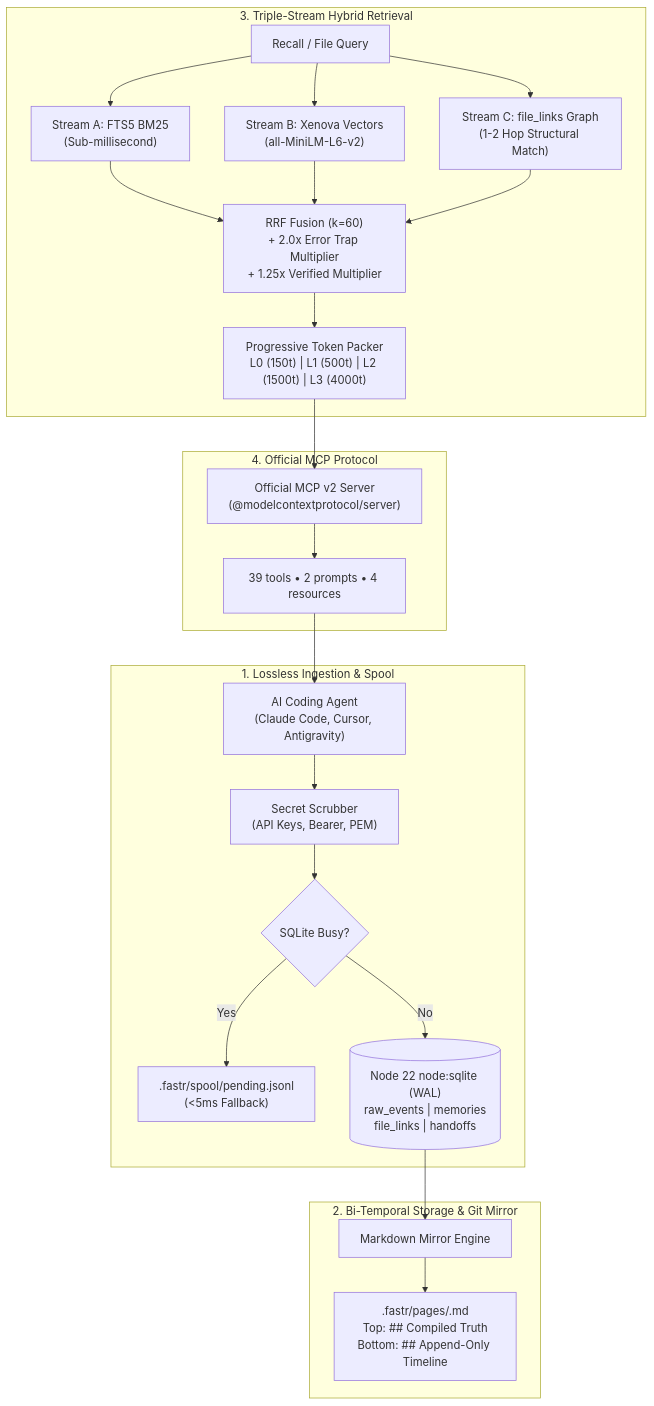
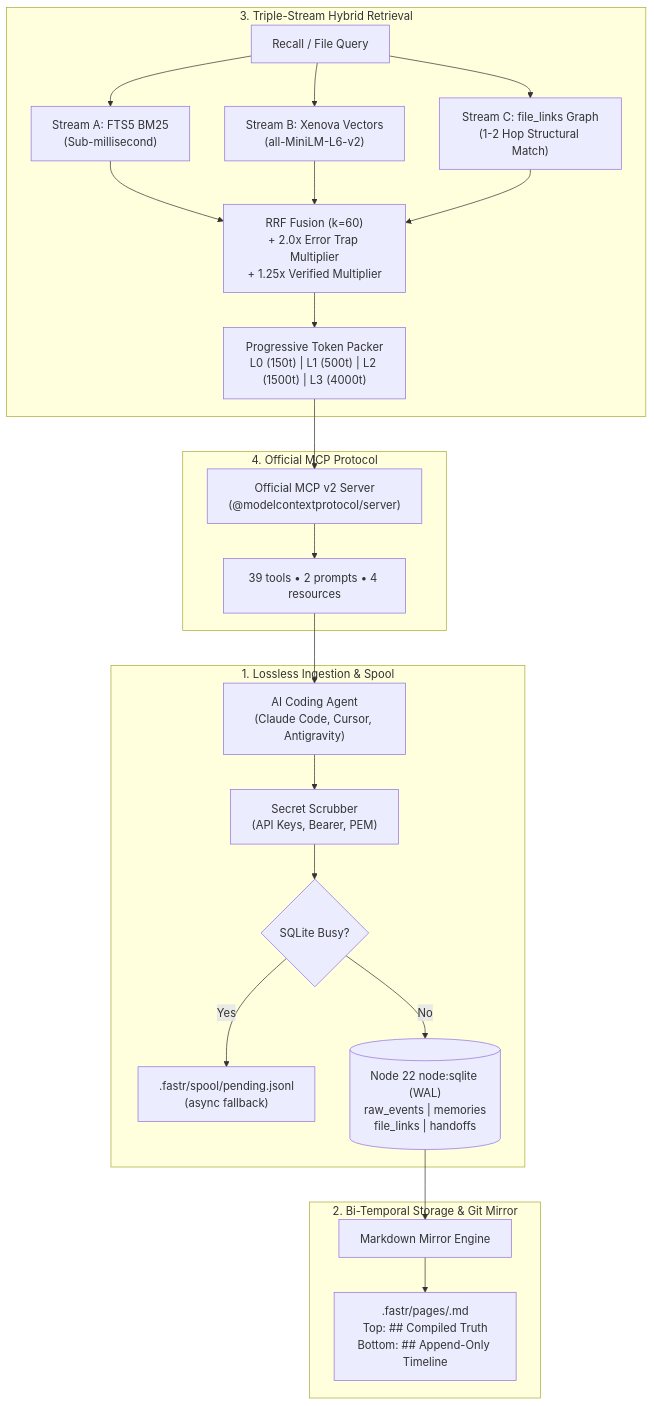
One commit to atifjubaer/fastrmemory changed the diagram in README.md. Above: the diagram before and after it, drawn with Mermaid. The commit also changed other lines of this file and 1 other file, not shown here.

````diff
--- a/README.md
+++ b/README.md
@@ -375,29 +375,29 @@
 ```mermaid
 flowchart TD
     subgraph Ingestion["1. Lossless Ingestion & Spool"]
         Agent["AI Coding Agent\n(Claude Code, Cursor, Antigravity)"] --> Scrubber["Secret Scrubber\n(API Keys, Bearer, PEM)"]
         Scrubber --> Spool{"SQLite Busy?"}
-        Spool -- Yes --> SpoolFile[".fastr/spool/pending.jsonl\n(<5ms Fallback)"]
+        Spool -- Yes --> SpoolFile[".fastr/spool/pending.jsonl\n(async fallback)"]
         Spool -- No --> DB
     end
 
     subgraph Storage["2. Bi-Temporal Storage & Git Mirror"]
         DB[("Node 22 node:sqlite (WAL)\nraw_events | memories\nfile_links | handoffs")]
         DB --> Mirror["Markdown Mirror Engine"]
         Mirror --> Pages[".fastr/pages/<module>.md\nTop: ## Compiled Truth\nBottom: ## Append-Only Timeline"]
     end
 
     subgraph Search["3. Triple-Stream Hybrid Retrieval"]
         Query["Recall / File Query"] --> FTS["Stream A: FTS5 BM25\n(Sub-millisecond)"]
         Query --> Vec["Stream B: Xenova Vectors\n(all-MiniLM-L6-v2)"]
         Query --> Graph["Stream C: file_links Graph\n(1-2 Hop Structural Match)"]
         FTS & Vec & Graph --> RRF["RRF Fusion (k=60)\n+ 2.0x Error Trap Multiplier\n+ 1.25x Verified Multiplier"]
         RRF --> Budget["Progressive Token Packer\nL0 (150t) | L1 (500t) | L2 (1500t) | L3 (4000t)"]
     end
 
     subgraph Protocol["4. Official MCP Protocol"]
         Budget --> MCPServer["Official MCP v2 Server\n(@modelcontextprotocol/server)"]
         MCPServer --> Tools["39 tools • 2 prompts • 4 resources"]
         Tools --> Agent
     end
 ```
````
